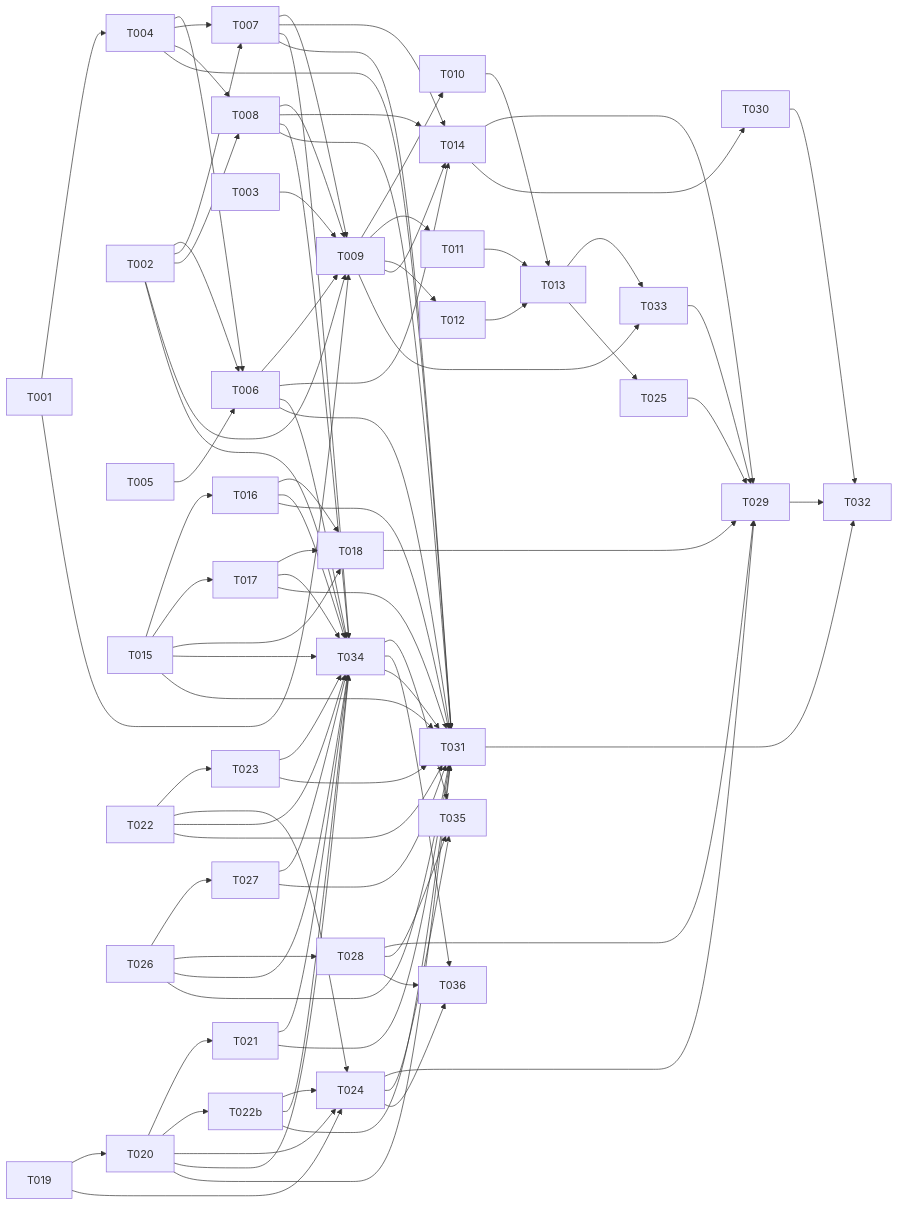
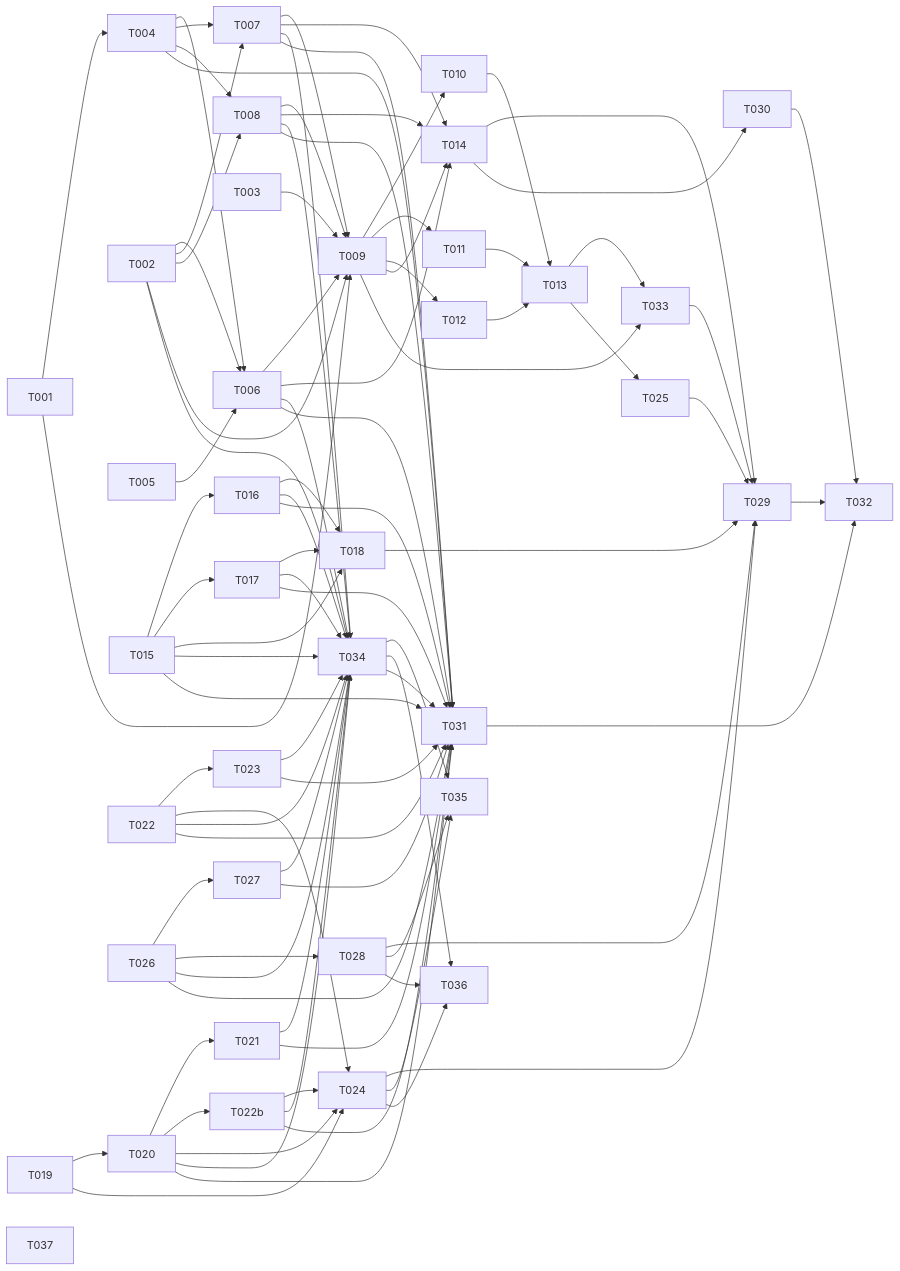
The diagram in specs/011-user-level-adaptation/tasks.md (UnderUndre/under-ai-helpers), drawn with Mermaid before and after one commit. The commit also changed other lines of this file and 6 other files, not shown here.

````diff
--- a/specs/011-user-level-adaptation/tasks.md
+++ b/specs/011-user-level-adaptation/tasks.md
@@ -227,41 +238,42 @@
 ```mermaid
 graph LR
     T001 --> T004
     T002 --> T006
     T002 --> T007
     T002 --> T008
     T001 & T002 & T003 --> T009
     T004 & T005 --> T006
     T004 --> T007
     T004 --> T008
     T006 & T007 & T008 --> T009
     T009 --> T010
     T009 --> T011
     T009 --> T012
     T009 --> T014
     T009 --> T033
     T010 & T011 & T012 --> T013
     T013 --> T033
     T013 --> T025
     T006 & T007 & T008 --> T014
     T015 --> T016
     T015 --> T017
     T015 & T016 & T017 --> T018
     T019 --> T020
     T020 --> T021
     T020 --> T022b
     T022 --> T023
     T019 & T020 & T022b & T022 --> T024
     T026 --> T027
     T026 --> T028
     T014 & T018 & T024 & T025 & T028 --> T029
     T033 --> T029
     T014 --> T030
     T002 & T006 & T007 & T008 & T015 & T016 & T017 & T020 & T021 & T022b & T022 & T023 & T026 & T027 --> T034
     T034 --> T035
     T034 --> T036
     T024 & T028 --> T035
     T024 & T028 --> T036
     T004 & T006 & T007 & T008 & T015 & T016 & T017 & T020 & T021 & T022b & T022 & T023 & T026 & T027 & T034 --> T031
     T029 & T030 & T031 --> T032
+    T037
 ```
````
